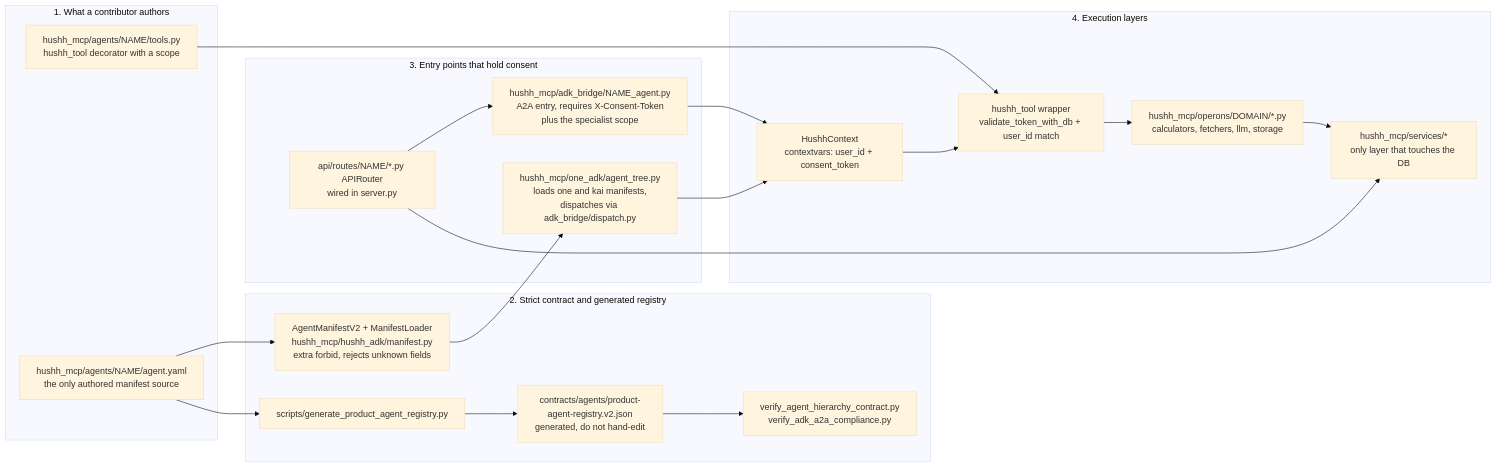
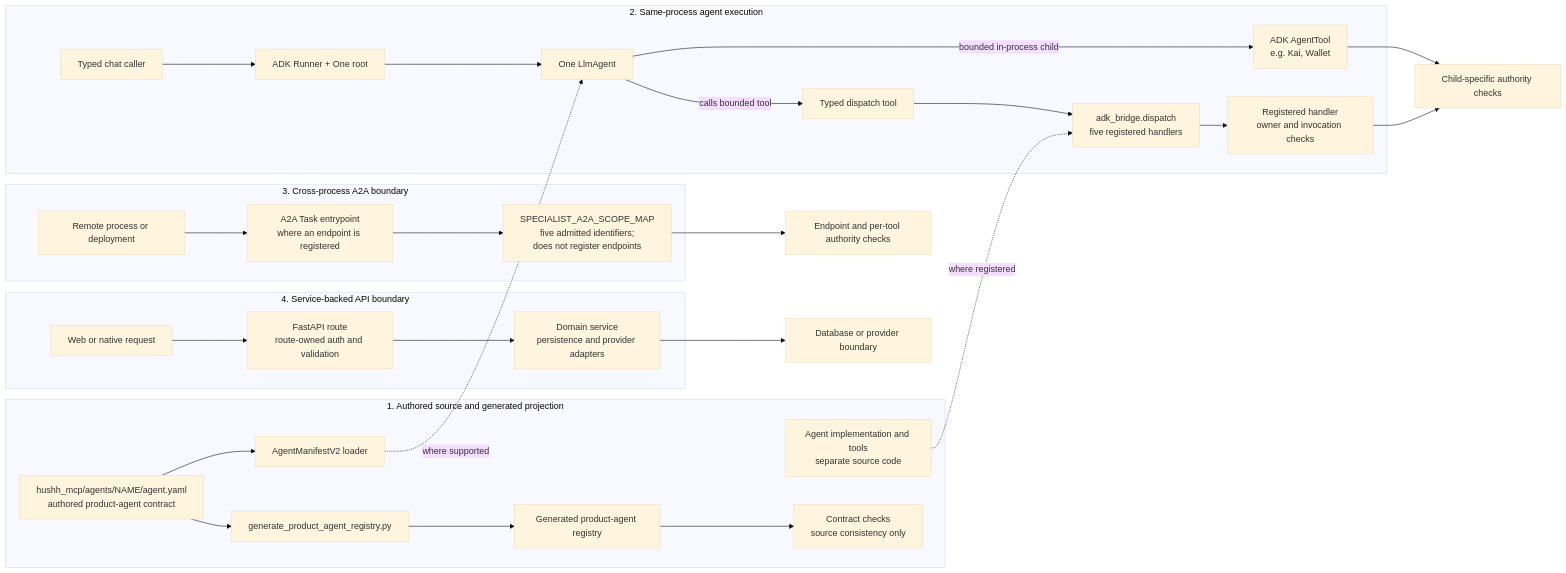
Before and after one commit to hushh-labs/hushh-research: the diagram in consent-protocol/docs/reference/agent-development.md, drawn with Mermaid (base theme). The commit also changed other lines of this file and 22 other files, not shown here.

````diff
--- a/consent-protocol/docs/reference/agent-development.md
+++ b/consent-protocol/docs/reference/agent-development.md
@@ -104,41 +110,39 @@
 ```mermaid
 flowchart LR
-  subgraph author["1. What a contributor authors"]
-    yaml["hushh_mcp/agents/NAME/agent.yaml<br/>the only authored manifest source"]
-    tools["hushh_mcp/agents/NAME/tools.py<br/>hushh_tool decorator with a scope"]
+  subgraph source["1. Authored source and generated projection"]
+    yaml["hushh_mcp/agents/NAME/agent.yaml<br/>authored product-agent contract"]
+    impl["Agent implementation and tools<br/>separate source code"]
+    loader["AgentManifestV2 loader"]
+    gen["generate_product_agent_registry.py"]
+    registry["Generated product-agent registry"]
+    verify["Contract checks<br/>source consistency only"]
+    yaml --> loader
+    yaml --> gen --> registry --> verify
   end
 
-  subgraph contract["2. Strict contract and generated registry"]
-    loader["AgentManifestV2 + ManifestLoader<br/>hushh_mcp/hushh_adk/manifest.py<br/>extra forbid, rejects unknown fields"]
-    gen["scripts/generate_product_agent_registry.py"]
-    registry["contracts/agents/product-agent-registry.v2.json<br/>generated, do not hand-edit"]
-    verify["verify_agent_hierarchy_contract.py<br/>verify_adk_a2a_compliance.py"]
+  subgraph local["2. Same-process agent execution"]
+    caller["Typed chat caller"] --> runner["ADK Runner + One root"]
+    runner --> root["One LlmAgent"]
+    root -->|bounded in-process child| toolchild["ADK AgentTool<br/>e.g. Kai, Wallet"]
+    root -->|calls bounded tool| dispatchTool["Typed dispatch tool"]
+    dispatchTool --> dispatch["adk_bridge.dispatch<br/>five registered handlers"]
+    dispatch --> handler["Registered handler<br/>owner and invocation checks"]
   end
 
-  subgraph entry["3. Entry points that hold consent"]
-    onetree["hushh_mcp/one_adk/agent_tree.py<br/>loads one and kai manifests,<br/>dispatches via adk_bridge/dispatch.py"]
-    bridge["hushh_mcp/adk_bridge/NAME_agent.py<br/>A2A entry, requires X-Consent-Token<br/>plus the specialist scope"]
-    route["api/routes/NAME/*.py APIRouter<br/>wired in server.py"]
+  subgraph a2a["3. Cross-process A2A boundary"]
+    remote["Remote process or deployment"] --> task["A2A Task entrypoint<br/>where an endpoint is registered"]
+    task --> scope["SPECIALIST_A2A_SCOPE_MAP<br/>five admitted identifiers;<br/>does not register endpoints"]
   end
 
-  subgraph exec["4. Execution layers"]
-    ctx["HushhContext<br/>contextvars: user_id + consent_token"]
-    tooldec["hushh_tool wrapper<br/>validate_token_with_db + user_id match"]
-    operons["hushh_mcp/operons/DOMAIN/*.py<br/>calculators, fetchers, llm, storage"]
-    services["hushh_mcp/services/*<br/>only layer that touches the DB"]
+  subgraph api["4. Service-backed API boundary"]
+    request["Web or native request"] --> route["FastAPI route<br/>route-owned auth and validation"]
+    route --> service["Domain service<br/>persistence and provider adapters"]
   end
 
-  yaml --> loader
-  yaml --> gen
-  gen --> registry
-  registry --> verify
-  loader --> onetree
-  route --> bridge
-  route --> services
-  onetree --> ctx
-  bridge --> ctx
-  ctx --> tooldec
-  tools --> tooldec
-  tooldec --> operons
-  operons --> services
+  loader -.where supported.-> root
+  impl -.where registered.-> dispatch
+  toolchild --> localAuth["Child-specific authority checks"]
+  handler --> localAuth
+  scope --> remoteAuth["Endpoint and per-tool authority checks"]
+  service --> store["Database or provider boundary"]
 ```
````
